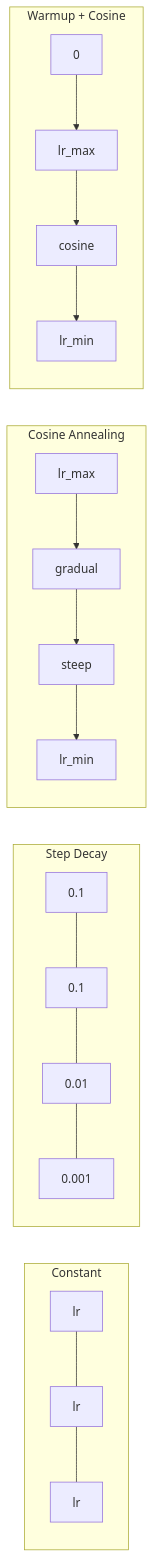
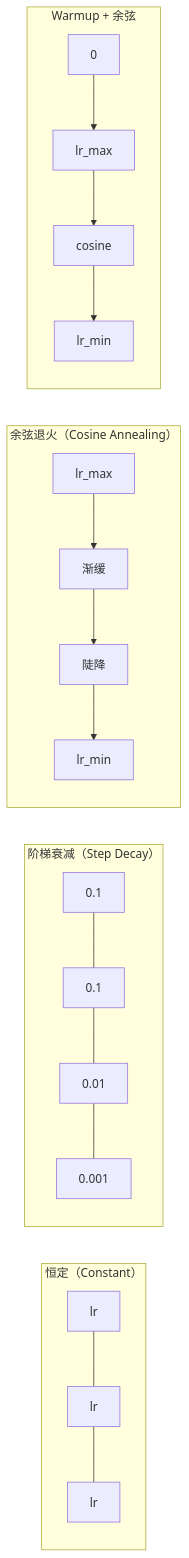
Before and after one commit to JerryC8080/ai-engineering-from-scratch-zh: the first of 3 diagrams in phases/03-deep-learning-core/09-learning-rate-schedules/docs/zh.md, drawn with Mermaid. The commit also changed other lines of this file and 156 other files, not shown here.

First line of the commit message:
i18n(zh): translate mermaid diagram labels in 157 lesson zh.md

````diff
--- a/phases/03-deep-learning-core/09-learning-rate-schedules/docs/zh.md
+++ b/phases/03-deep-learning-core/09-learning-rate-schedules/docs/zh.md
@@ -108,18 +108,18 @@
 ```mermaid
 graph LR
-    subgraph "Constant"
+    subgraph "恒定（Constant）"
         C1["lr"] --- C2["lr"] --- C3["lr"]
     end
 
-    subgraph "Step Decay"
+    subgraph "阶梯衰减（Step Decay）"
         S1["0.1"] --- S2["0.1"] --- S3["0.01"] --- S4["0.001"]
     end
 
-    subgraph "Cosine Annealing"
-        CS1["lr_max"] --> CS2["gradual"] --> CS3["steep"] --> CS4["lr_min"]
+    subgraph "余弦退火（Cosine Annealing）"
+        CS1["lr_max"] --> CS2["渐缓"] --> CS3["陡降"] --> CS4["lr_min"]
     end
 
-    subgraph "Warmup + Cosine"
+    subgraph "Warmup + 余弦"
         WC1["0"] --> WC2["lr_max"] --> WC3["cosine"] --> WC4["lr_min"]
     end
 ```
````
